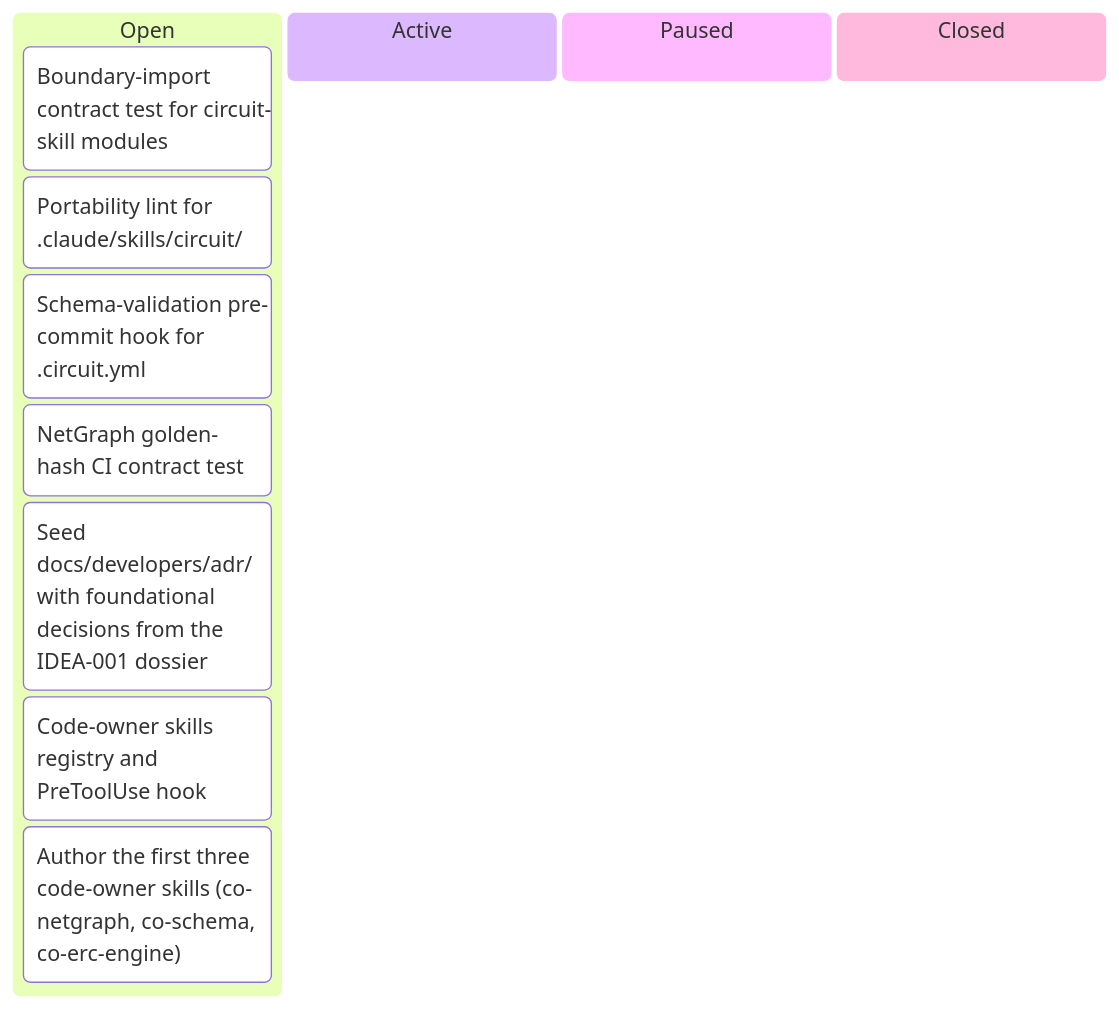
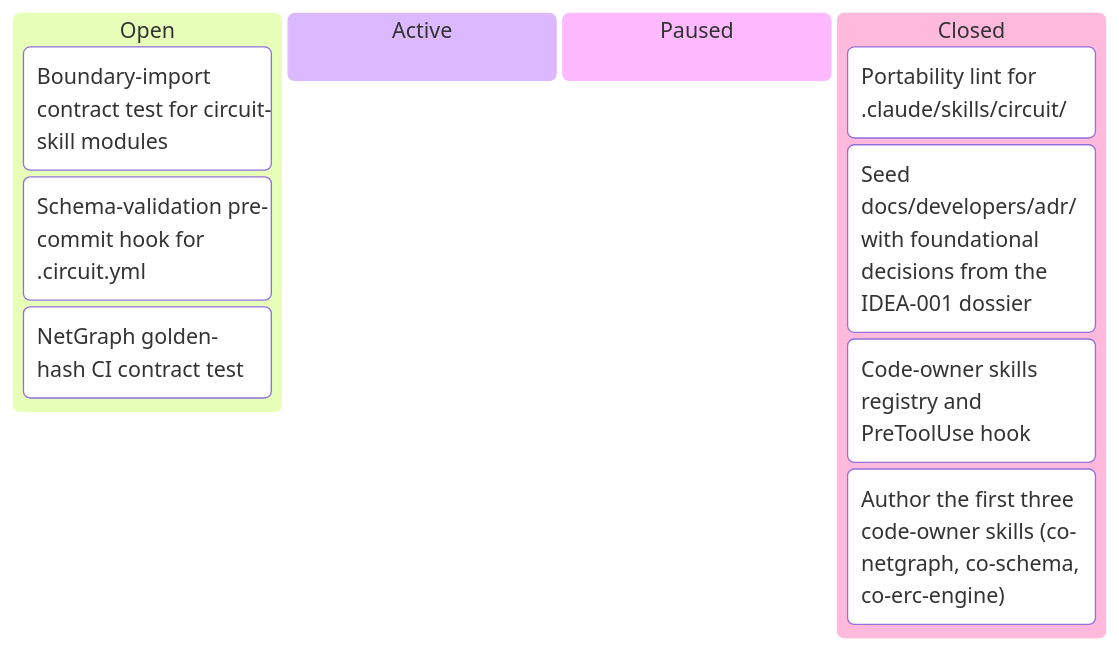
One commit to tgd1975/CircuitSmith changed the first of 7 diagrams in docs/developers/tasks/KANBAN.md. Above: the diagram before and after it, drawn with Mermaid. The commit also changed other lines of this file and 58 other files, not shown here.

````diff
--- a/docs/developers/tasks/KANBAN.md
+++ b/docs/developers/tasks/KANBAN.md
@@ -11,14 +11,14 @@
 ```mermaid
 kanban
   Open
     TASK_050["Boundary-import contract test for circuit-skill modules"]
-    TASK_051["Portability lint for .claude/skills/circuit/"]
     TASK_052["Schema-validation pre-commit hook for .circuit.yml"]
     TASK_053["NetGraph golden-hash CI contract test"]
+  Active
+  Paused
+  Closed
+    TASK_051["Portability lint for .claude/skills/circuit/"]
     TASK_054["Seed docs/developers/adr/ with foundational decisions from the IDEA-001 dossier"]
     TASK_055["Code-owner skills registry and PreToolUse hook"]
     TASK_056["Author the first three code-owner skills (co-netgraph, co-schema, co-erc-engine)"]
-  Active
-  Paused
-  Closed
 ```
````
